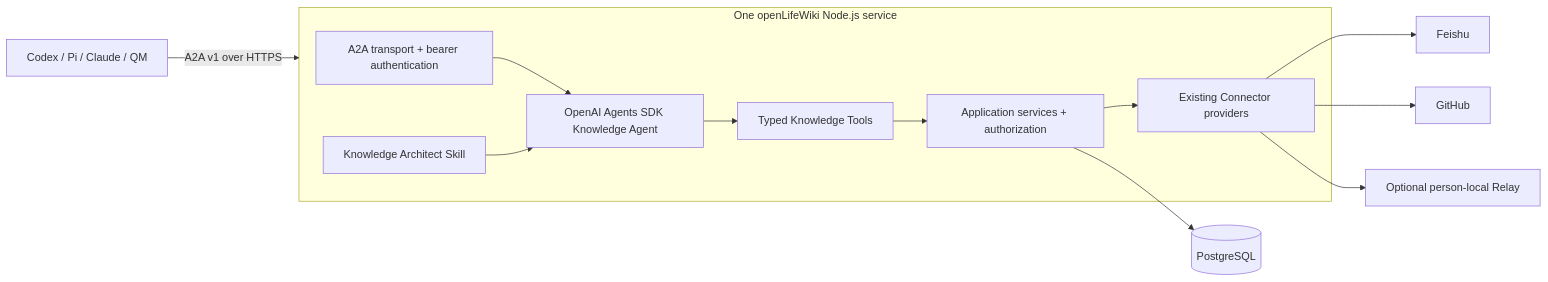
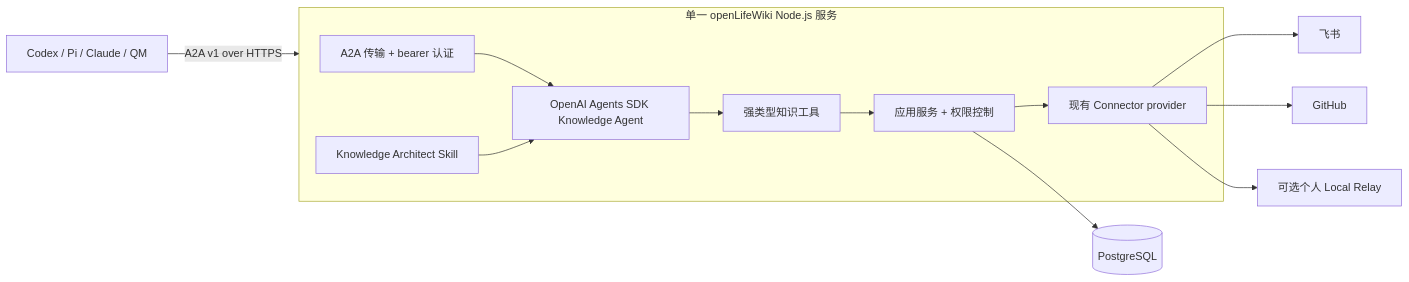
One commit to MetaInFLow/CoWikiHarness changed the first of 3 diagrams in ARCHITECTURE.md. Above: the diagram before and after it, drawn with Mermaid. The commit also changed other lines of this file and 11 other files, not shown here.

````diff
--- a/ARCHITECTURE.md
+++ b/ARCHITECTURE.md
@@ -25,24 +18,24 @@
 ```mermaid
 flowchart LR
     CLIENTS["Codex / Pi / Claude / QM"] -->|"A2A v1 over HTTPS"| SERVICE
 
-    subgraph SERVICE["One openLifeWiki Node.js service"]
-        A2A["A2A transport + bearer authentication"]
+    subgraph SERVICE["单一 openLifeWiki Node.js 服务"]
+        A2A["A2A 传输 + bearer 认证"]
         AGENT["OpenAI Agents SDK Knowledge Agent"]
         SKILL["Knowledge Architect Skill"]
-        TOOLS["Typed Knowledge Tools"]
-        APP["Application services + authorization"]
-        CONNECTORS["Existing Connector providers"]
+        TOOLS["强类型知识工具"]
+        APP["应用服务 + 权限控制"]
+        CONNECTORS["现有 Connector provider"]
 
         A2A --> AGENT
         SKILL --> AGENT
         AGENT --> TOOLS
         TOOLS --> APP
         APP --> CONNECTORS
     end
 
     APP --> PG[("PostgreSQL")]
-    CONNECTORS --> FEISHU["Feishu"]
+    CONNECTORS --> FEISHU["飞书"]
     CONNECTORS --> GITHUB["GitHub"]
-    CONNECTORS --> RELAY["Optional person-local Relay"]
+    CONNECTORS --> RELAY["可选个人 Local Relay"]
 ```
````
